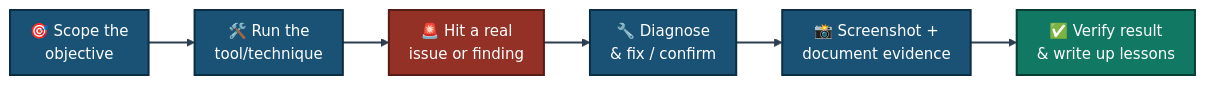
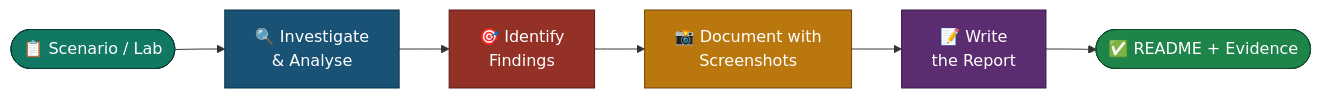
One commit to malaika-azhar/Cybersecurity-Lab-Projects changed the second of 2 diagrams in 1-Foundational-Projects/README.md. Above: the diagram before and after it, drawn with Mermaid. The commit also changed other lines of this file, not shown here.

````diff
--- a/1-Foundational-Projects/README.md
+++ b/1-Foundational-Projects/README.md
@@ -219,13 +144,14 @@
 ```mermaid
-%%{init: {'theme': 'base', 'themeVariables': {'fontSize': '15px'}, 'flowchart': {'nodeSpacing': 30, 'rankSpacing': 46, 'padding': 10}}}%%
 flowchart LR
-    A["🎯 Scope the<br/>objective"]:::step --> B["🛠️ Run the<br/>tool/technique"]:::step
-    B --> C["🚨 Hit a real<br/>issue or finding"]:::alert
-    C --> D["🔧 Diagnose<br/>& fix / confirm"]:::step
-    D --> E["📸 Screenshot +<br/>document evidence"]:::step
-    E --> F["✅ Verify result<br/>& write up lessons"]:::done
-    classDef step fill:#1A5276,stroke:#0B2E43,stroke-width:2px,color:#FFFFFF
-    classDef alert fill:#943126,stroke:#571C16,stroke-width:2px,color:#FFFFFF
-    classDef done fill:#117864,stroke:#083D33,stroke-width:2px,color:#FFFFFF
-    linkStyle default stroke:#2C3E50,stroke-width:2px
+    A(["📋 Scenario / Lab"]) --> B["🔍 Investigate<br/>& Analyse"]
+    B --> C["🎯 Identify<br/>Findings"]
+    C --> D["📸 Document with<br/>Screenshots"]
+    D --> E["📝 Write<br/>the Report"]
+    E --> F(["✅ README + Evidence"])
+    style A fill:#117864,color:#fff,stroke:#083D33
+    style B fill:#1A5276,color:#fff,stroke:#0B2E43
+    style C fill:#943126,color:#fff,stroke:#571C16
+    style D fill:#B9770E,color:#fff,stroke:#6E4409
+    style E fill:#5B2C6F,color:#fff,stroke:#3B1A48
+    style F fill:#1E8449,color:#fff,stroke:#0E4A28
 ```
````
